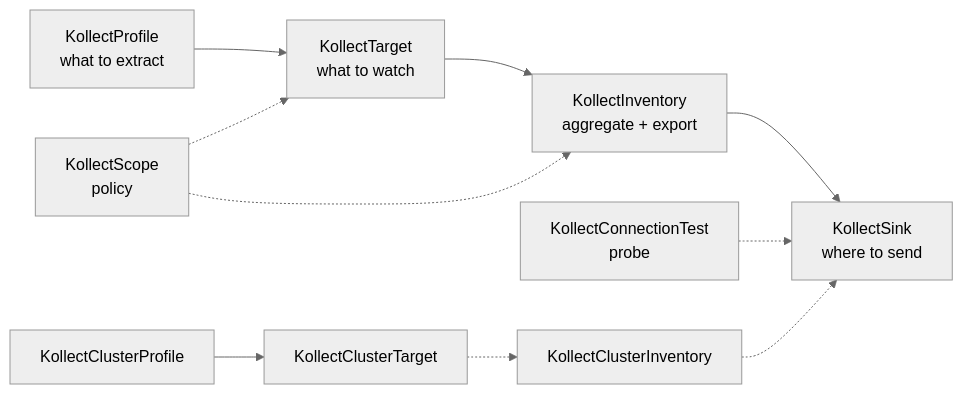
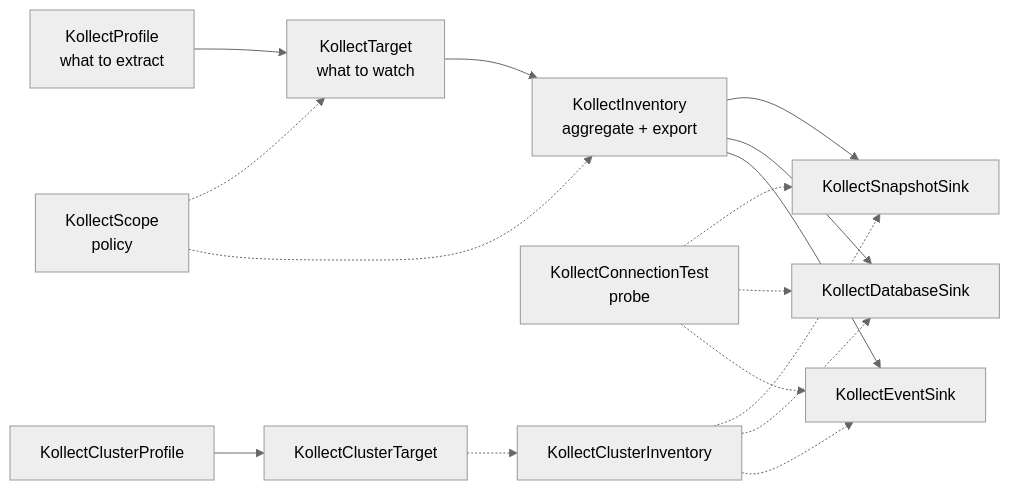
Before and after one commit to konih/kollect: the diagram in docs/CR-REFERENCE.md, drawn with Mermaid (neutral theme). The commit also changed other lines of this file and 8 other files, not shown here.

First line of the commit message:
:white_check_mark: test: cover sink family bindings and validation

````diff
--- a/docs/CR-REFERENCE.md
+++ b/docs/CR-REFERENCE.md
@@ -24,22 +24,30 @@
 ```mermaid
 flowchart LR
   Profile[KollectProfile<br/>what to extract]
   Scope[KollectScope<br/>policy]
   Target[KollectTarget<br/>what to watch]
   Inv[KollectInventory<br/>aggregate + export]
-  Sink[KollectSink<br/>where to send]
+  Snap[KollectSnapshotSink]
+  Db[KollectDatabaseSink]
+  Ev[KollectEventSink]
   ConnTest[KollectConnectionTest<br/>probe]
   CProf[KollectClusterProfile]
   CTarget[KollectClusterTarget]
   CInv[KollectClusterInventory]
 
   Profile --> Target
   Scope -.-> Target
   Scope -.-> Inv
   Target --> Inv
-  Inv --> Sink
-  ConnTest -.-> Sink
+  Inv --> Snap
+  Inv --> Db
+  Inv --> Ev
+  ConnTest -.-> Snap
+  ConnTest -.-> Db
+  ConnTest -.-> Ev
   CProf --> CTarget
   CTarget -.-> CInv
-  CInv -.-> Sink
+  CInv -.-> Snap
+  CInv -.-> Db
+  CInv -.-> Ev
 ```
````
